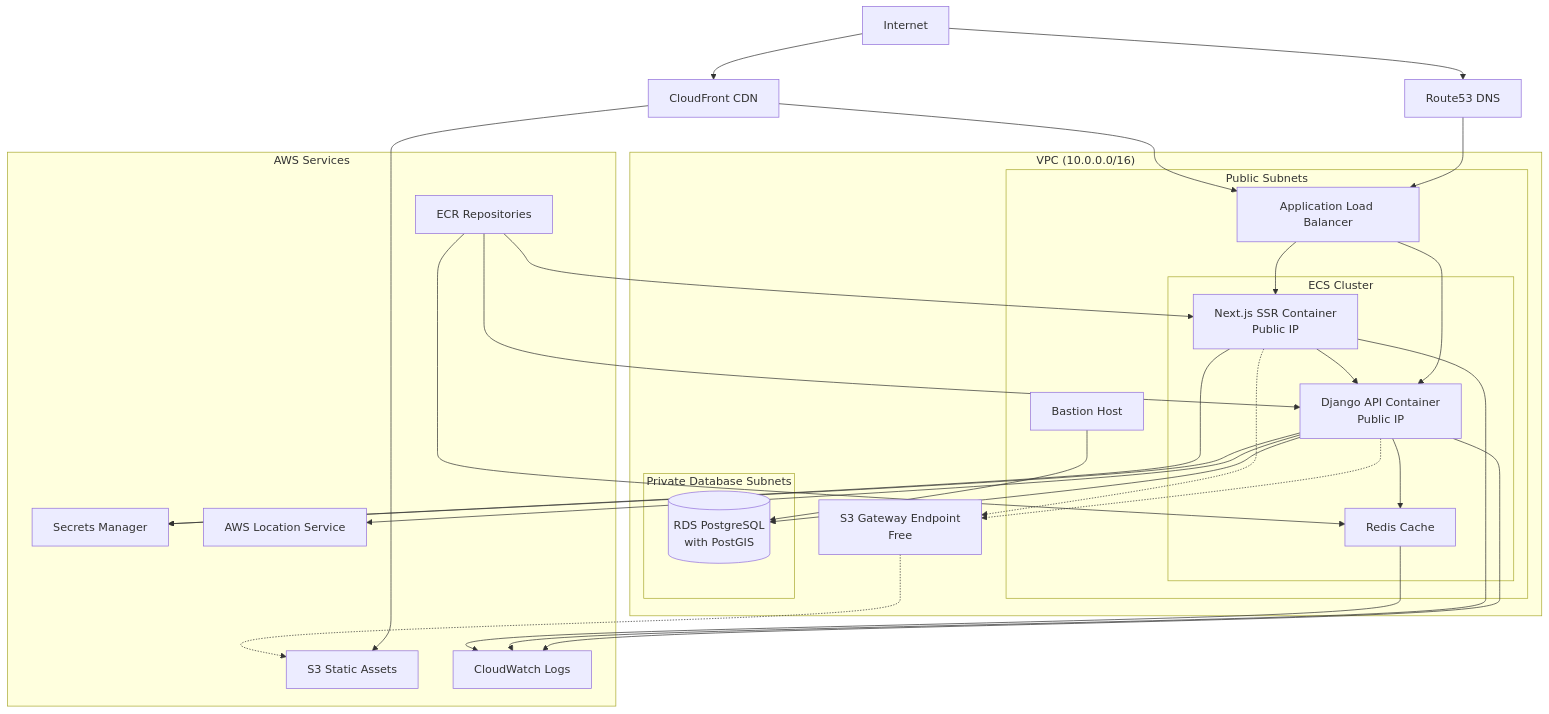
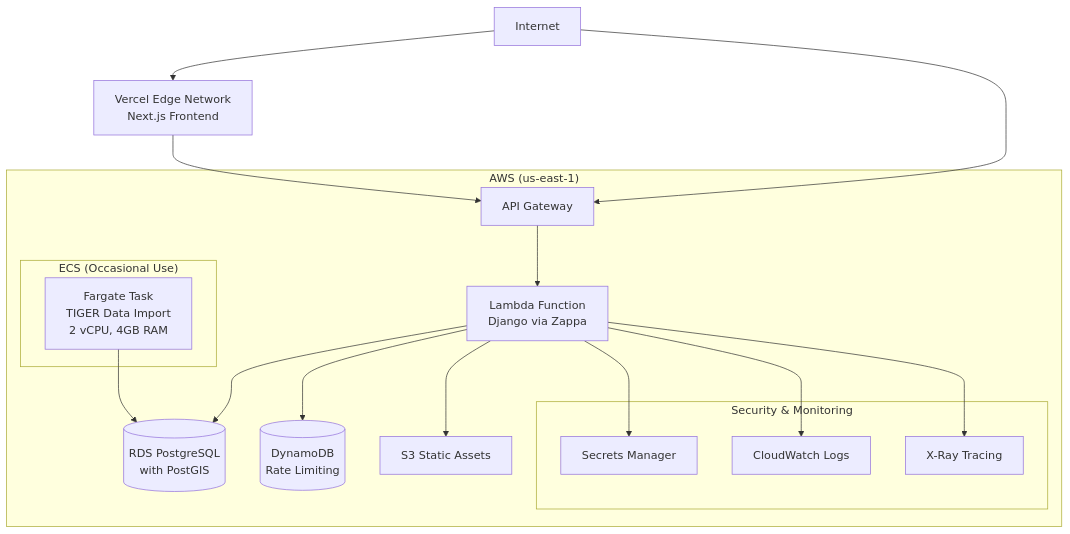
One commit to lhadjchikh/coalition-builder changed the diagram in terraform/README.md. Above: the diagram before and after it, drawn with Mermaid. The commit also changed other lines of this file and 19 other files, not shown here.

````diff
--- a/terraform/README.md
+++ b/terraform/README.md
@@ -61,71 +66,32 @@
 ```mermaid
 %%{init: {'theme':'basic'}}%%
 flowchart TB
-    %% Internet
-    internet[Internet] --> cloudfront[CloudFront CDN]
-    internet --> route53[Route53 DNS]
+    internet[Internet] --> vercel[Vercel Edge Network<br/>Next.js Frontend]
+    internet --> apigateway[API Gateway]
 
-    %% DNS and CDN
-    route53 --> alb[Application Load Balancer]
-    cloudfront --> s3_assets[S3 Static Assets]
+    subgraph aws["AWS (us-east-1)"]
+        apigateway --> lambda[Lambda Function<br/>Django via Zappa]
 
-    %% VPC Container
-    subgraph vpc["VPC (10.0.0.0/16)"]
-        %% Public Subnets
-        subgraph public["Public Subnets"]
-            alb
-            bastion[Bastion Host]
-            subgraph ecs_cluster["ECS Cluster"]
-                django[Django API Container<br/>Public IP]
-                ssr[Next.js SSR Container<br/>Public IP]
-                redis[Redis Cache]
-            end
+        lambda --> rds[(RDS PostgreSQL<br/>with PostGIS)]
+        lambda --> dynamodb[(DynamoDB<br/>Rate Limiting)]
+        lambda --> s3[S3 Static Assets]
+
+        subgraph ecs_occasional["ECS (Occasional Use)"]
+            ecs_task[Fargate Task<br/>TIGER Data Import<br/>2 vCPU, 4GB RAM]
         end
 
-        %% Database Subnets
-        subgraph db_subnets["Private Database Subnets"]
-            rds[(RDS PostgreSQL<br/>with PostGIS)]
+        ecs_task --> rds
+
+        subgraph security["Security & Monitoring"]
+            secrets[Secrets Manager]
+            cloudwatch[CloudWatch Logs]
+            xray[X-Ray Tracing]
         end
 
-        %% S3 Gateway Endpoint
-        s3_endpoint[S3 Gateway Endpoint<br/>Free]
+        lambda --> secrets
+        lambda --> cloudwatch
+        lambda --> xray
     end
 
-    %% External Services
-    subgraph aws_services["AWS Services"]
-        secrets[Secrets Manager]
-        ecr[ECR Repositories]
-        cloudwatch[CloudWatch Logs]
-        s3_assets
-        location[AWS Location Service]
-    end
-
-    %% Connections
-    alb --> django
-    alb --> ssr
-    django --> redis
-    django --> rds
-    ssr --> django
-    bastion --> rds
-
-    %% CloudFront connections
-    cloudfront --> alb
-
-    %% Service connections via Internet
-    django --> secrets
-    ssr --> secrets
-    django --> cloudwatch
-    ssr --> cloudwatch
-    redis --> cloudwatch
-    django --> location
-
-    %% ECR connections via Internet
-    ecr --> django
-    ecr --> ssr
-    ecr --> redis
-
-    %% S3 via Gateway Endpoint
-    django -.-> s3_endpoint
-    ssr -.-> s3_endpoint
-    s3_endpoint -.-> s3_assets
+    vercel --> apigateway
 ```
````
